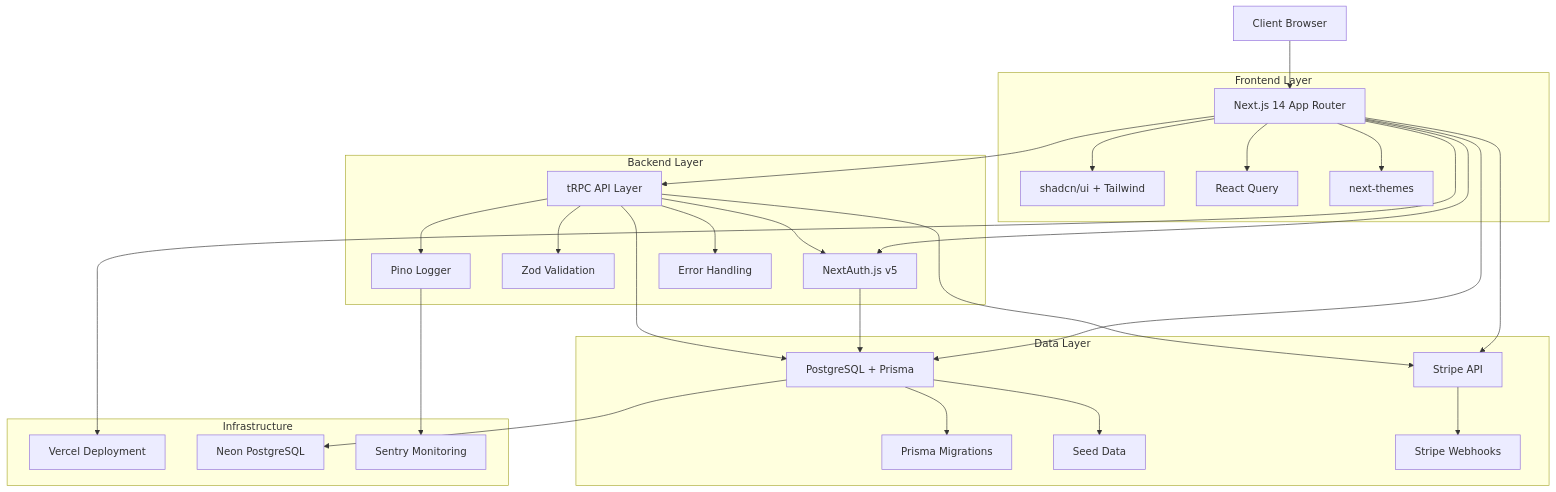
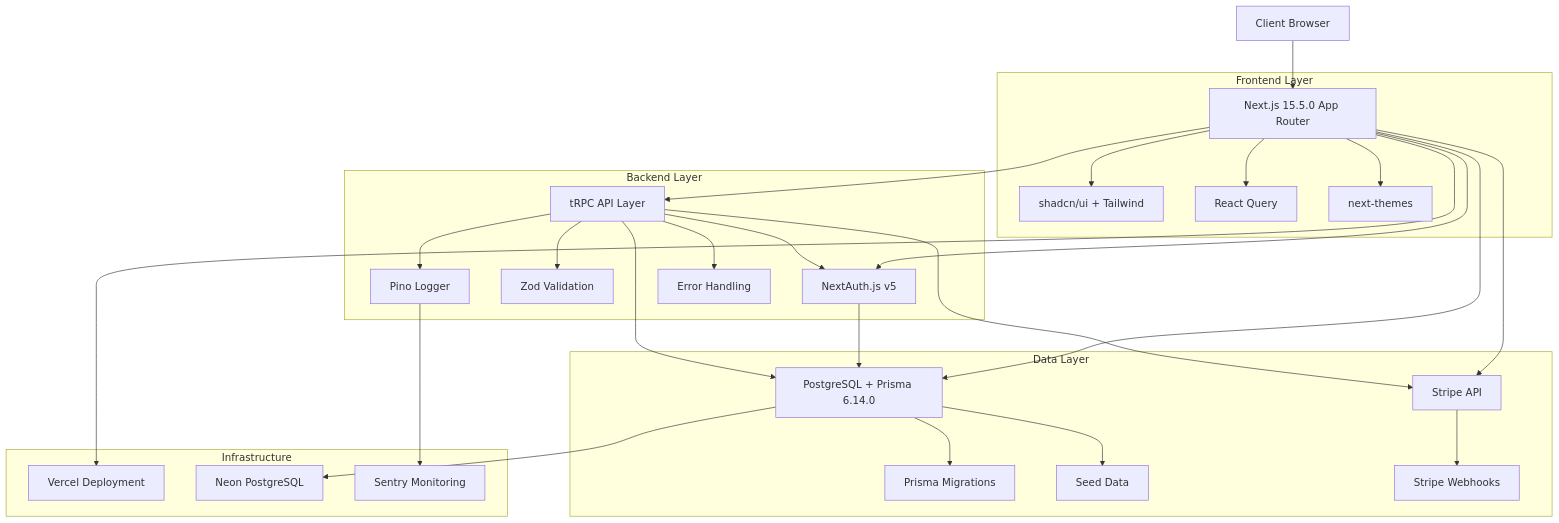
One commit to DanielStoychev/Next.js-SaaS-Free-Template changed the diagram in docs/architecture.md. Above: the diagram before and after it, drawn with Mermaid. The commit also changed other lines of this file and 5 other files, not shown here.

````diff
--- a/docs/architecture.md
+++ b/docs/architecture.md
@@ -7,37 +8,37 @@
 ```mermaid
 graph TB
-    Client[Client Browser] --> NextJS[Next.js 14 App Router]
+    Client[Client Browser] --> NextJS[Next.js 15.5.0 App Router]
     NextJS --> Auth[NextAuth.js v5]
     NextJS --> API[tRPC API Layer]
-    NextJS --> DB[PostgreSQL + Prisma]
+    NextJS --> DB[PostgreSQL + Prisma 6.14.0]
     NextJS --> Stripe[Stripe API]
-    
+
     Auth --> DB
     API --> DB
     API --> Stripe
-    
+
     subgraph "Frontend Layer"
         NextJS --> UI[shadcn/ui + Tailwind]
         NextJS --> State[React Query]
         NextJS --> Theme[next-themes]
     end
-    
+
     subgraph "Backend Layer"
         API --> Validation[Zod Validation]
         API --> Auth
         API --> Logging[Pino Logger]
         API --> Error[Error Handling]
     end
-    
+
     subgraph "Data Layer"
         DB --> Migrations[Prisma Migrations]
         DB --> Seed[Seed Data]
         Stripe --> Webhooks[Stripe Webhooks]
     end
-    
+
     subgraph "Infrastructure"
         NextJS --> Vercel[Vercel Deployment]
         DB --> Neon[Neon PostgreSQL]
         Logging --> Sentry[Sentry Monitoring]
     end
 ```
````
